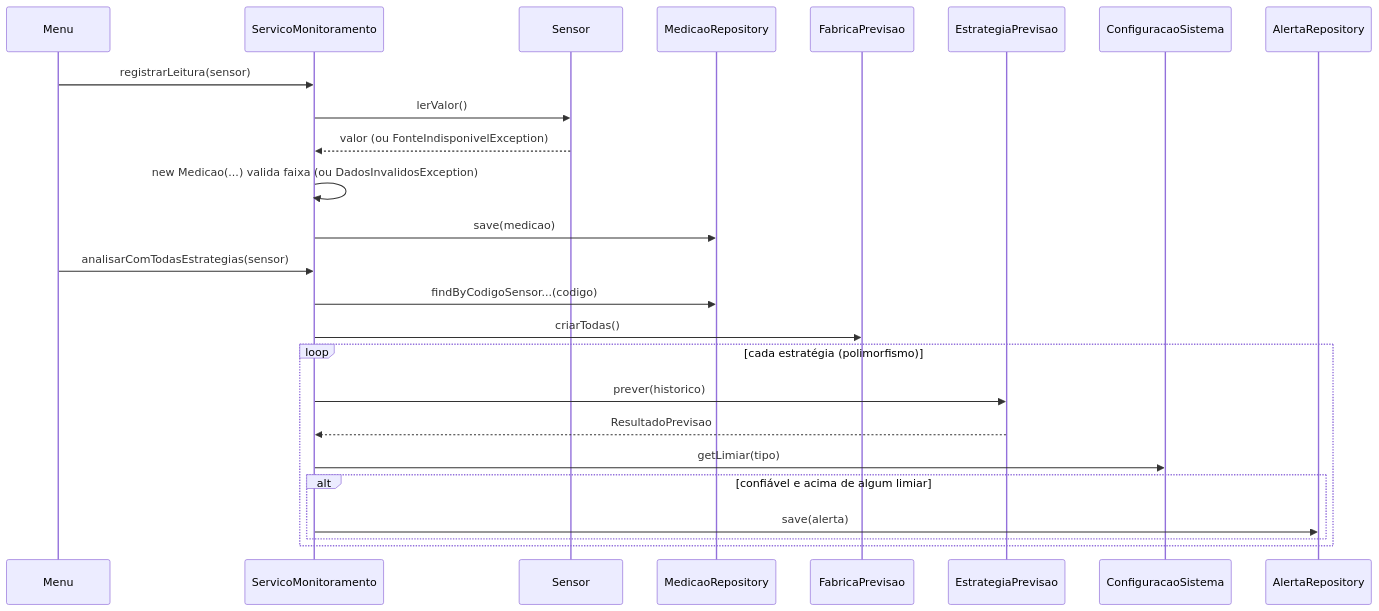
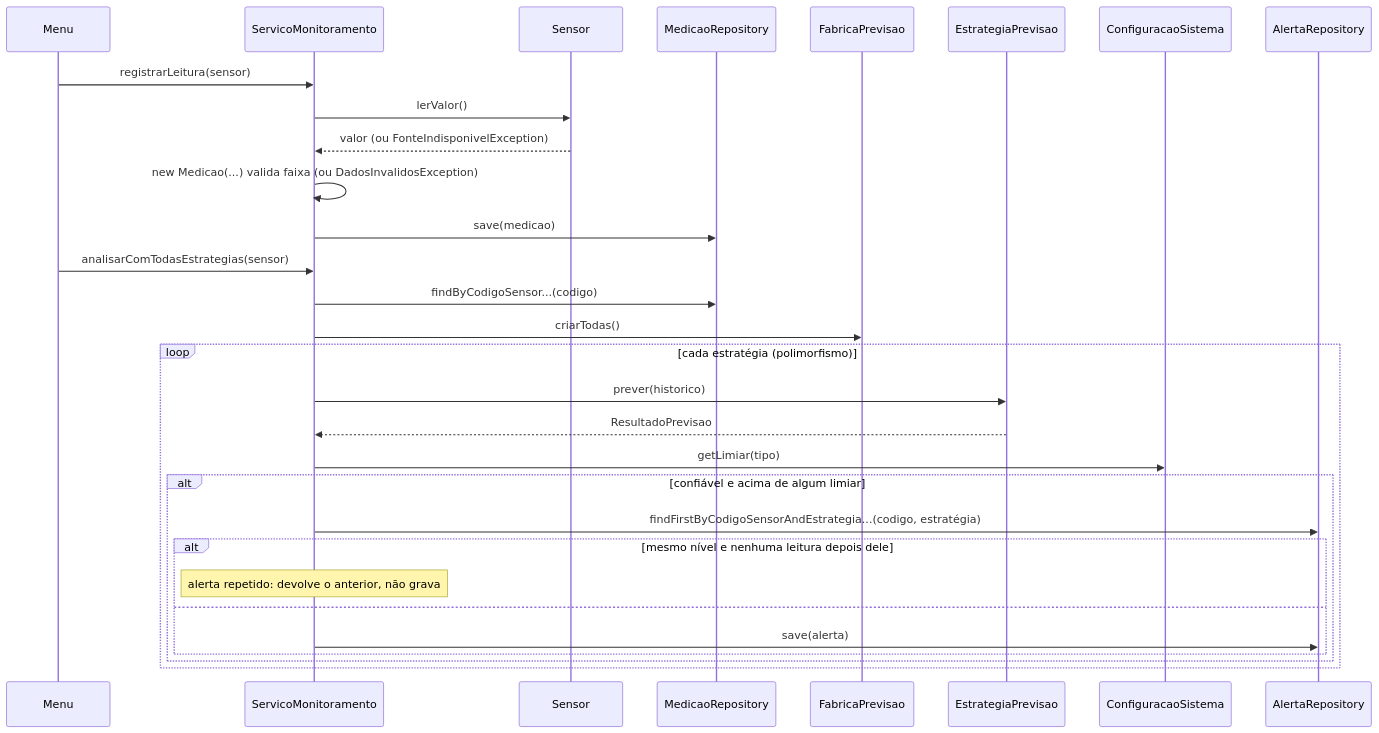
One commit to Senador2006/GS2_POO changed the third of 3 diagrams in docs/arquitetura-e-codigo.md. Above: the diagram before and after it, drawn with Mermaid. The commit also changed other lines of this file and 20 other files, not shown here.

````diff
--- a/docs/arquitetura-e-codigo.md
+++ b/docs/arquitetura-e-codigo.md
@@ -158,29 +174,34 @@
 ```mermaid
 sequenceDiagram
     participant Menu
     participant Servico as ServicoMonitoramento
     participant Sensor
     participant MRepo as MedicaoRepository
     participant Fab as FabricaPrevisao
     participant Est as EstrategiaPrevisao
     participant Cfg as ConfiguracaoSistema
     participant ARepo as AlertaRepository
 
     Menu->>Servico: registrarLeitura(sensor)
     Servico->>Sensor: lerValor()
     Sensor-->>Servico: valor (ou FonteIndisponivelException)
     Servico->>Servico: new Medicao(...) valida faixa (ou DadosInvalidosException)
     Servico->>MRepo: save(medicao)
 
     Menu->>Servico: analisarComTodasEstrategias(sensor)
     Servico->>MRepo: findByCodigoSensor...(codigo)
     Servico->>Fab: criarTodas()
     loop cada estratégia (polimorfismo)
         Servico->>Est: prever(historico)
         Est-->>Servico: ResultadoPrevisao
         Servico->>Cfg: getLimiar(tipo)
         alt confiável e acima de algum limiar
-            Servico->>ARepo: save(alerta)
+            Servico->>ARepo: findFirstByCodigoSensorAndEstrategia...(codigo, estratégia)
+            alt mesmo nível e nenhuma leitura depois dele
+                Note over Servico: alerta repetido: devolve o anterior, não grava
+            else
+                Servico->>ARepo: save(alerta)
+            end
         end
     end
 ```
````
